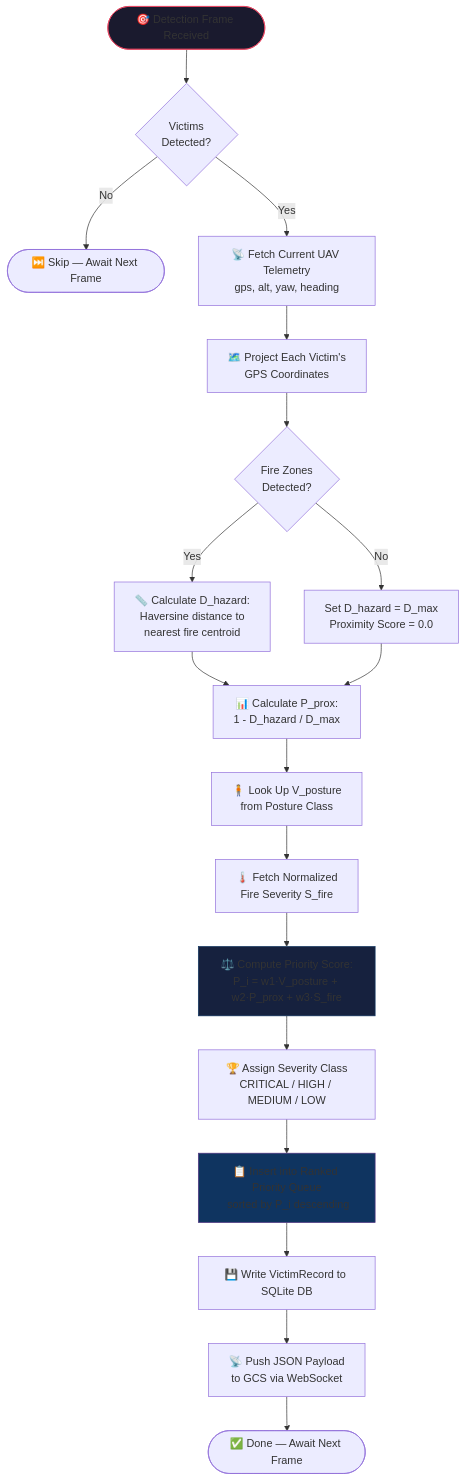
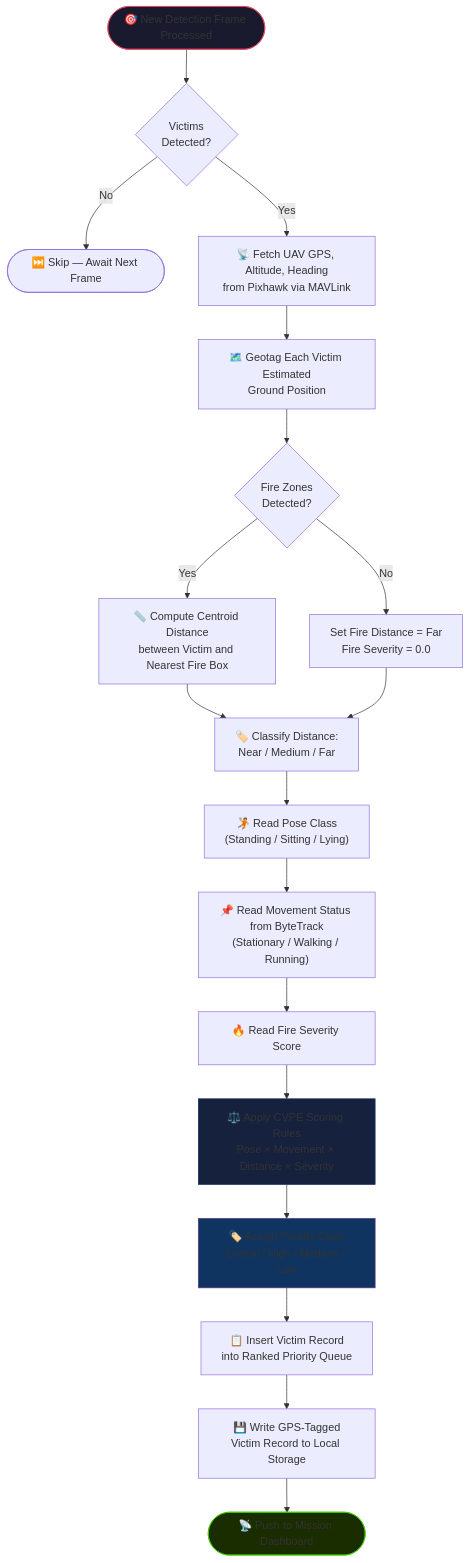
One commit to basiljosephdev/Edge-AI-Based-UAV-for-Intelligent-Fire-Detection-Victim-Prioritization changed the third of 4 diagrams in Architecture.md. Above: the diagram before and after it, drawn with Mermaid. The commit also changed other lines of this file, not shown here.

First line of the commit message:
docs: rewrite Architecture.md to v2.0 with CVPE as primary contribution

````diff
--- a/Architecture.md
+++ b/Architecture.md
@@ -413,31 +463,34 @@
 ```mermaid
 flowchart TD
-    A([🎯 Detection Frame Received]) --> B{Victims\nDetected?}
-    B -- No --> Z([⏭️ Skip — Await Next Frame])
-    B -- Yes --> C[📡 Fetch Current UAV Telemetry\ngps, alt, yaw, heading]
-    
-    C --> D[🗺️ Project Each Victim's\nGPS Coordinates]
-    
-    D --> E{Fire Zones\nDetected?}
-    E -- Yes --> F[📏 Calculate D_hazard:\nHaversine distance to\nnearest fire centroid]
-    E -- No --> G[Set D_hazard = D_max\nProximity Score = 0.0]
-    
-    F --> H[📊 Calculate P_prox:\n1 - D_hazard / D_max]
+    A(["🎯 New Detection Frame Processed"]) --> B{"Victims\nDetected?"}
+    B -- No --> Z(["⏭️ Skip — Await Next Frame"])
+    B -- Yes --> C["📡 Fetch UAV GPS, Altitude, Heading\nfrom Pixhawk via MAVLink"]
+
+    C --> D["🗺️ Geotag Each Victim Estimated\nGround Position"]
+
+    D --> E{"Fire Zones\nDetected?"}
+    E -- Yes --> F["📏 Compute Centroid Distance\nbetween Victim and Nearest Fire Box"]
+    E -- No --> G["Set Fire Distance = Far\nFire Severity = 0.0"]
+
+    F --> H["🏷️ Classify Distance:\nNear / Medium / Far"]
     G --> H
-    
-    H --> I[🧍 Look Up V_posture\nfrom Posture Class]
-    I --> J[🌡️ Fetch Normalized\nFire Severity S_fire]
-    
-    J --> K["⚖️ Compute Priority Score:\nP_i = w1·V_posture + w2·P_prox + w3·S_fire"]
-    
-    K --> L[🏆 Assign Severity Class\nCRITICAL / HIGH / MEDIUM / LOW]
-    L --> M[📋 Insert into Ranked Priority Queue\n sorted by P_i descending]
-    
-    M --> N[💾 Write VictimRecord to SQLite DB]
-    N --> O[📡 Push JSON Payload\nto GCS via WebSocket]
-    O --> P([✅ Done — Await Next Frame])
+
+    H --> I["🤾 Read Pose Class\n(Standing / Sitting / Lying)"]
+    I --> J["📌 Read Movement Status from ByteTrack\n(Stationary / Walking / Running)"]
+    J --> K["🔥 Read Fire Severity Score"]
+
+    K --> L["⚖️ Apply CVPE Scoring Rules\nPose × Movement × Distance × Severity"]
+
+    L --> M["🏷️ Assign Priority Class\nCritical / High / Medium / Low"]
+
+    M --> N["📋 Insert Victim Record\ninto Ranked Priority Queue"]
+
+    N --> O["💾 Write GPS-Tagged\nVictim Record to Local Storage"]
+
+    O --> P(["📡 Push to Mission Dashboard"])
 
     style A fill:#1a1a2e,stroke:#e94560
-    style K fill:#16213e,stroke:#0f3460
+    style L fill:#16213e,stroke:#0f3460
     style M fill:#0f3460,stroke:#533483
+    style P fill:#1a2d00,stroke:#44cc00
 ```
````
